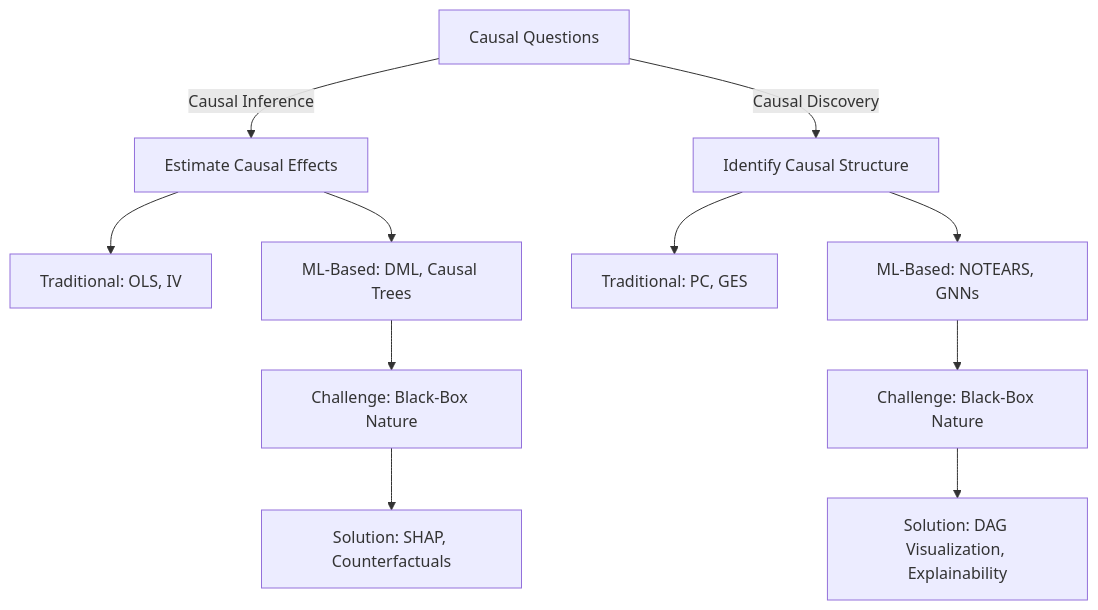
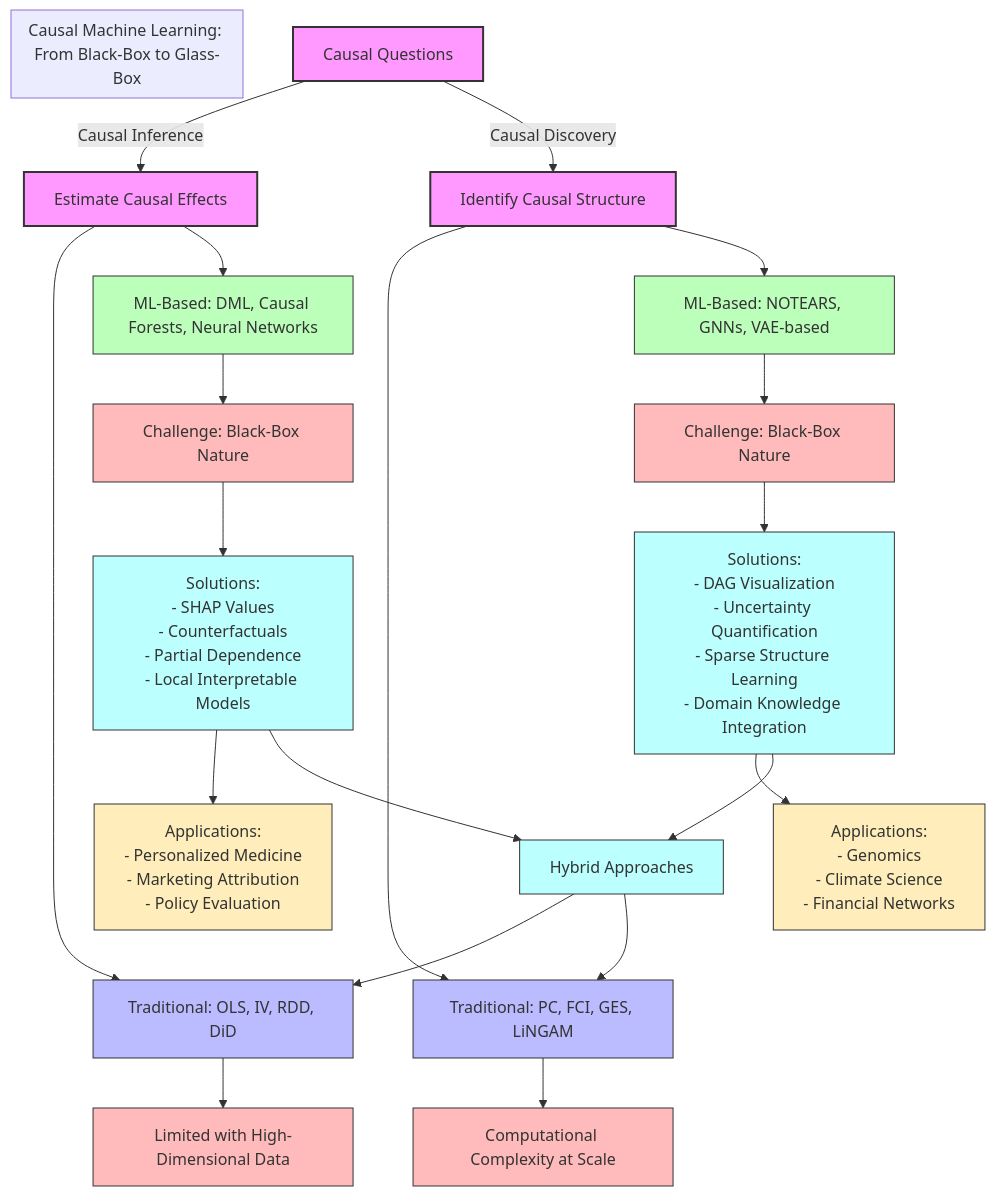
One commit to FTamas77/Theses_2025 changed the diagram in InterpretableCausalML.md. Above: the diagram before and after it, drawn with Mermaid. The commit also changed other lines of this file, not shown here.

Commit message:
Enhance causal inference document with expanded methods, industrial applications, and uncertainty quantification

````diff
--- a/InterpretableCausalML.md
+++ b/InterpretableCausalML.md
@@ -32,17 +32,55 @@
 ```mermaid
-graph TD
+flowchart TD
+    %% Styling
+    classDef question fill:#f9f,stroke:#333,stroke-width:2px
+    classDef method fill:#bbf,stroke:#333,stroke-width:1px
+    classDef mlMethod fill:#bfb,stroke:#333,stroke-width:1px
+    classDef challenge fill:#fbb,stroke:#333,stroke-width:1px
+    classDef solution fill:#bff,stroke:#333,stroke-width:1px
+    classDef application fill:#feb,stroke:#333,stroke-width:1px
+    
+    %% Main Flow
     A[Causal Questions] -->|Causal Inference| B[Estimate Causal Effects]
     A -->|Causal Discovery| C[Identify Causal Structure]
     
-    B --> D[Traditional: OLS, IV]
-    B --> E[ML-Based: DML, Causal Trees]
+    %% Causal Inference Methods
+    B --> D[Traditional: OLS, IV, RDD, DiD]
+    B --> E[ML-Based: DML, Causal Forests, Neural Networks]
     
-    C --> F[Traditional: PC, GES]
-    C --> G[ML-Based: NOTEARS, GNNs]
+    %% Causal Discovery Methods
+    C --> F[Traditional: PC, FCI, GES, LiNGAM]
+    C --> G[ML-Based: NOTEARS, GNNs, VAE-based]
     
+    %% Challenges
+    D --> D1[Limited with High-Dimensional Data]
     E --> H[Challenge: Black-Box Nature]
+    F --> F1[Computational Complexity at Scale]
     G --> I[Challenge: Black-Box Nature]
     
-    H --> J[Solution: SHAP, Counterfactuals]
-    I --> K[Solution: DAG Visualization, Explainability]
+    %% Solutions
+    H --> J[Solutions:<br/>- SHAP Values<br/>- Counterfactuals<br/>- Partial Dependence<br/>- Local Interpretable Models]
+    I --> K[Solutions:<br/>- DAG Visualization<br/>- Uncertainty Quantification<br/>- Sparse Structure Learning<br/>- Domain Knowledge Integration]
+    
+    %% Applications
+    J --> L[Applications:<br/>- Personalized Medicine<br/>- Marketing Attribution<br/>- Policy Evaluation]
+    K --> M[Applications:<br/>- Genomics<br/>- Climate Science<br/>- Financial Networks]
+    
+    %% Hybrid Approaches
+    J --> N[Hybrid Approaches]
+    K --> N
+    N --> D
+    N --> F
+    
+    %% Apply classes
+    class A question
+    class B,C question
+    class D,F method
+    class E,G mlMethod
+    class D1,H,F1,I challenge
+    class J,K,N solution
+    class L,M application
+    
+    %% Title
+    subgraph Causal Machine Learning: From Black-Box to Glass-Box
+    end
 ```
````
